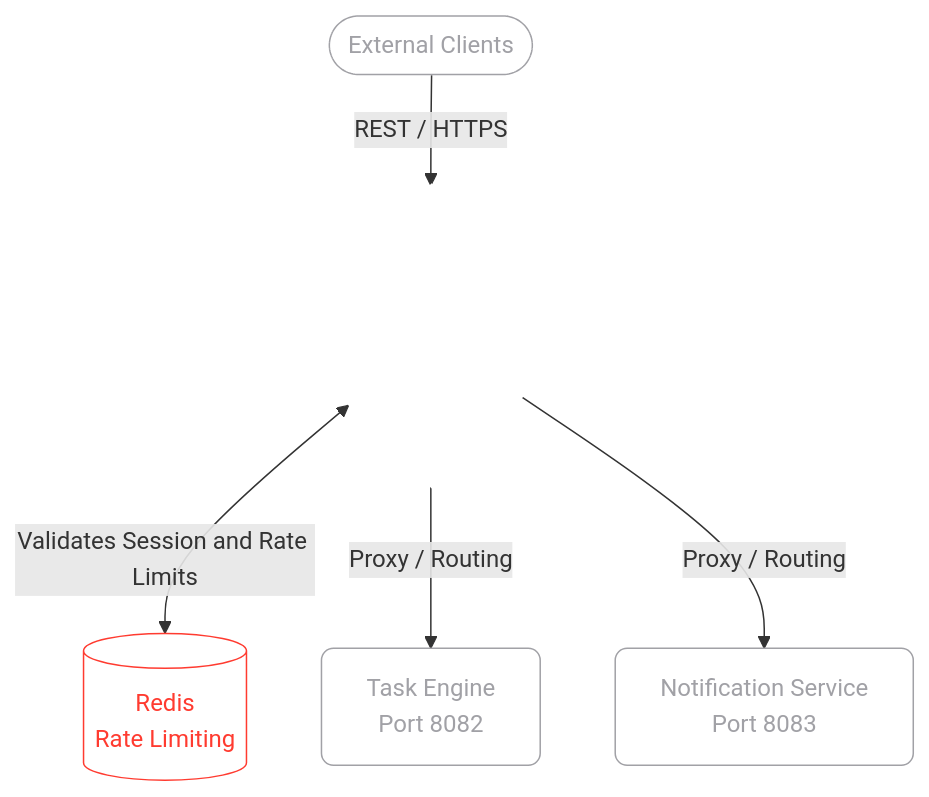
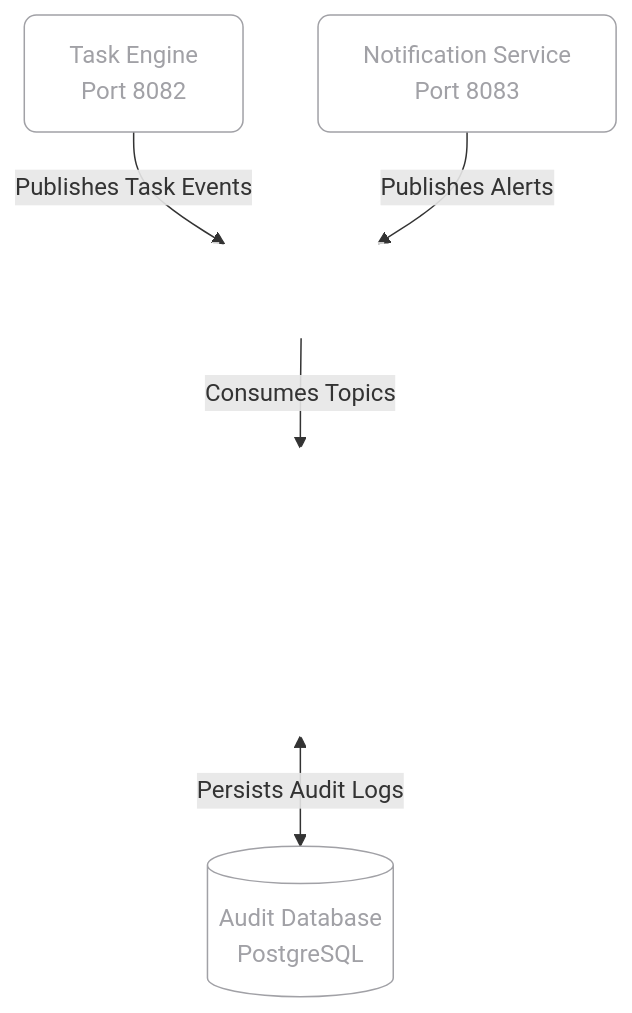
Before and after one commit to pedroforbeck/sentinel: the diagram in README.md, drawn with Mermaid. The commit also changed other lines of this file, not shown here.

````diff
--- a/README.md
+++ b/README.md
@@ -56,20 +56,20 @@
 ```mermaid
 flowchart TD;
     %% Glassmorphism / Apple Aesthetic Styling
     classDef default fill:none,stroke:#A1A1A6,stroke-width:1px,color:#A1A1A6,rx:8,ry:8;
     classDef highlight fill:none,stroke:#FFFFFF,stroke-width:2px,color:#FFFFFF,rx:12,ry:12;
-    classDef cache fill:none,stroke:#FF3B30,stroke-width:1px,color:#FF3B30,rx:4,ry:4;
+    classDef kafka fill:none,stroke:#FFFFFF,stroke-width:1px,color:#FFFFFF,stroke-dasharray: 5 5,rx:4,ry:4;
 
     %% Nodes
-    ClientMobile([External Clients]):::default
-    Sentinel{Sentinel Gateway\nPort 8080}:::highlight
-    Redis[(Redis\nRate Limiting)]:::cache
     TaskService[Task Engine\nPort 8082]:::default
     NotifyService[Notification Service\nPort 8083]:::default
+    Broker{{Apache Kafka\nMessage Broker}}:::kafka
+    Sentinel{Sentinel Service\nPort 8084}:::highlight
+    DB[(Audit Database\nPostgreSQL)]:::default
 
     %% Connections
-    ClientMobile -->|"REST / HTTPS"| Sentinel
-    Sentinel <-->|"Validates Session and Rate Limits"| Redis
-    Sentinel -->|"Proxy / Routing"| TaskService
-    Sentinel -->|"Proxy / Routing"| NotifyService
+    TaskService -->|"Publishes Task Events"| Broker
+    NotifyService -->|"Publishes Alerts"| Broker
+    Broker -->|"Consumes Topics"| Sentinel
+    Sentinel <-->|"Persists Audit Logs"| DB
 ```
````
